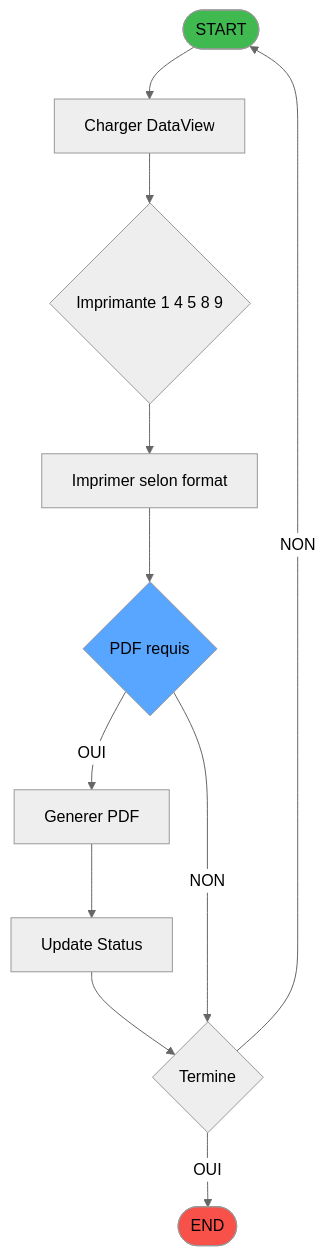
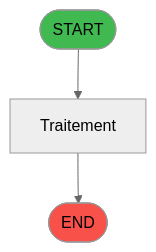
Before and after one commit to thonyAGP/lecteur-magic: the first of 3 diagrams in .openspec/specs/ADH-IDE-236.md, drawn with Mermaid (neutral theme). The commit also changed other lines of this file and 326 other files, not shown here.

````diff
--- a/.openspec/specs/ADH-IDE-236.md
+++ b/.openspec/specs/ADH-IDE-236.md
@@ -114,23 +64,9 @@
 ```mermaid
 flowchart TD
     START([START])
-    LOAD[Charger DataView]
-    PRINTER{Imprimante 1 4 5 8 9}
-    PRINT[Imprimer selon format]
-    PDF{PDF requis}
-    GENPDF[Generer PDF]
-    UPDATE[Update Status]
-    COUNTER{Termine}
+    PROCESS[Traitement]
     ENDOK([END])
-
-    START --> LOAD --> PRINTER
-    PRINTER --> PRINT --> PDF
-    PDF -->|OUI| GENPDF --> UPDATE --> COUNTER
-    PDF -->|NON| COUNTER
-    COUNTER -->|NON| START
-    COUNTER -->|OUI| ENDOK
-
+    START --> PROCESS --> ENDOK
     style START fill:#3fb950
     style ENDOK fill:#f85149
-    style PDF fill:#58a6ff
 ```
````
